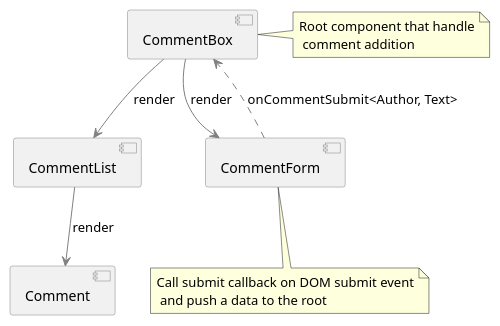
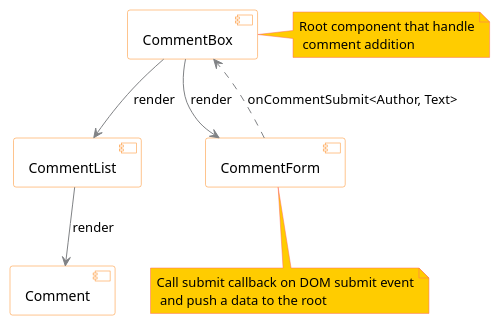
One commit to andre487/view-testing-examples changed the diagram in react/react-architecture.puml. Above: the diagram before and after it, drawn with PlantUML. The commit also changed 5 other files, not shown here.

Commit message:
UML styling

```diff
--- a/react/react-architecture.puml
+++ b/react/react-architecture.puml
@@ -1,29 +1,30 @@
 @startuml
     top to bottom direction
 
     skinparam component {
-        ArrowColor gray
-        BorderColor gray
+        BackgroundColor White
+        BorderColor #fd891c
+        ArrowColor #808285
     }
-    skinparam usecase {
-        ArrowColor gray
-        BorderColor gray
+    skinparam note {
+        BackgroundColor #ffcc00
+        BorderColor #ff6665
     }
     skinparam shadowing false
 
     note "Root component that handle\n comment addition" as CommentBoxNote
     note "Call submit callback on DOM submit event\n and push a data to the root" as CommentFormNote
 
     component CommentBox
     component CommentList
     component Comment
     component CommentForm
 
     CommentBox .right. CommentBoxNote
     CommentForm .. CommentFormNote
 
     CommentBox --> CommentList : render
     CommentList --> Comment : render
     CommentBox --> CommentForm : render
     CommentForm ..> CommentBox : onCommentSubmit<Author, Text>
 @enduml
```
